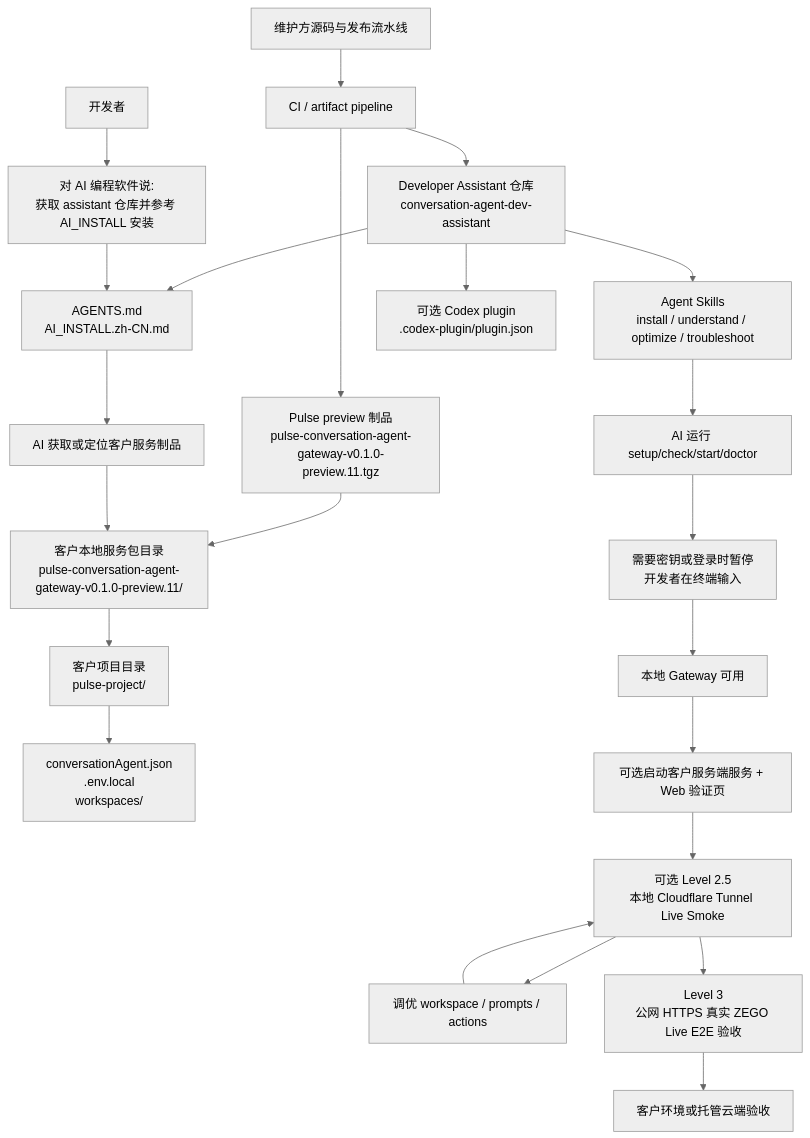
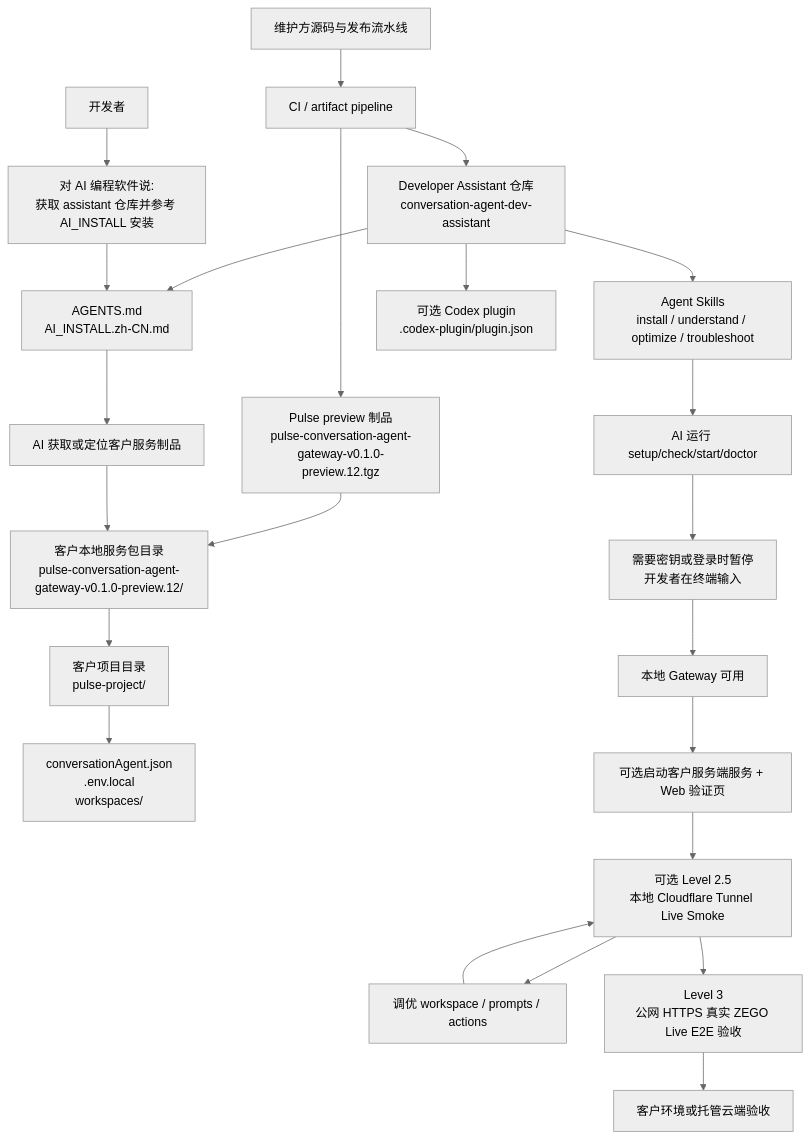
Before and after one commit to ZEGOCLOUD/conversation-agent-dev-assistant: the diagram in README.zh-CN.md, drawn with Mermaid (neutral theme). The commit also changed other lines of this file and 5 other files, not shown here.

````diff
--- a/README.zh-CN.md
+++ b/README.zh-CN.md
@@ -16,28 +16,28 @@
 ```mermaid
 flowchart TD
   A["维护方源码与发布流水线"] --> B["CI / artifact pipeline"]
-  B --> C["Pulse preview 制品<br/>pulse-conversation-agent-gateway-v0.1.0-preview.11.tgz"]
+  B --> C["Pulse preview 制品<br/>pulse-conversation-agent-gateway-v0.1.0-preview.12.tgz"]
   B --> D["Developer Assistant 仓库<br/>conversation-agent-dev-assistant"]
 
-  C --> E["客户本地服务包目录<br/>pulse-conversation-agent-gateway-v0.1.0-preview.11/"]
+  C --> E["客户本地服务包目录<br/>pulse-conversation-agent-gateway-v0.1.0-preview.12/"]
   E --> F["客户项目目录<br/>pulse-project/"]
   F --> G["conversationAgent.json<br/>.env.local<br/>workspaces/"]
 
   D --> H["AGENTS.md<br/>AI_INSTALL.zh-CN.md"]
   D --> I["Agent Skills<br/>install / understand / optimize / troubleshoot"]
   D --> J["可选 Codex plugin<br/>.codex-plugin/plugin.json"]
 
   K["开发者"] --> L["对 AI 编程软件说:<br/>获取 assistant 仓库并参考 AI_INSTALL 安装"]
   L --> H
   H --> M["AI 获取或定位客户服务制品"]
   M --> E
   I --> N["AI 运行 setup/check/start/doctor"]
   N --> O["需要密钥或登录时暂停<br/>开发者在终端输入"]
   O --> P["本地 Gateway 可用"]
   P --> Q["可选启动客户服务端服务 + Web 验证页"]
   Q --> R["可选 Level 2.5<br/>本地 Cloudflare Tunnel Live Smoke"]
   R --> S["调优 workspace / prompts / actions"]
   S --> R
   R --> T["Level 3<br/>公网 HTTPS 真实 ZEGO Live E2E 验收"]
   T --> U["客户环境或托管云端验收"]
 ```
````
